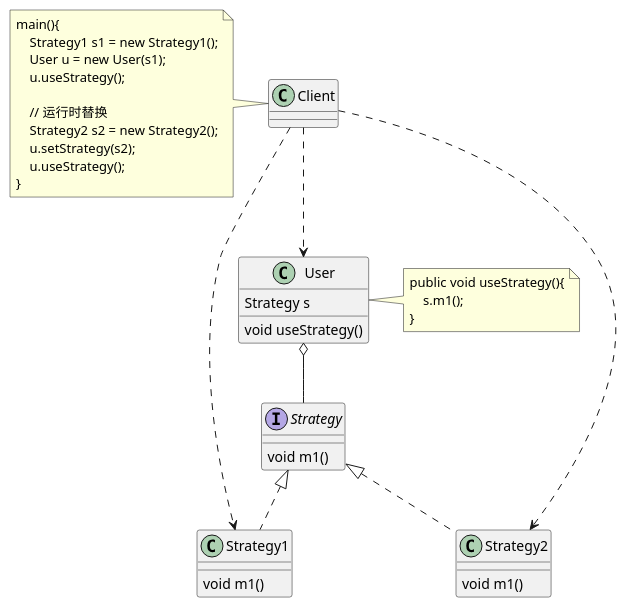
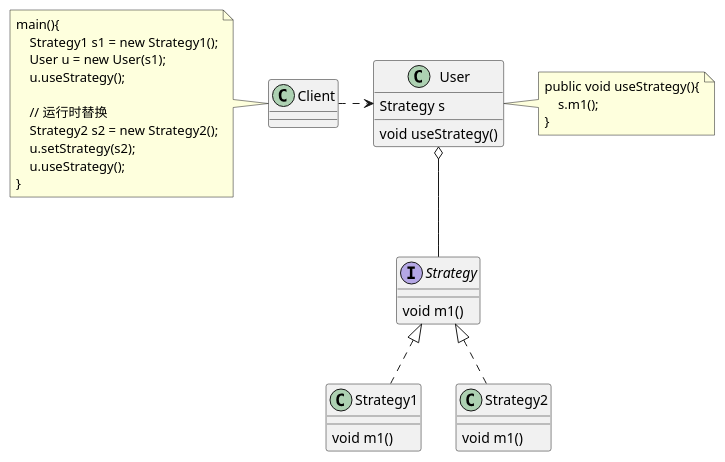
The diagram in doc/UML/pattern/策略模式.puml (Drintau/StudyRepository), drawn with PlantUML before and after one commit. The commit also changed 3 other files, not shown here.

Commit message:
优化策略模式、适配器模式类图

```diff
--- a/doc/UML/pattern/策略模式.puml
+++ b/doc/UML/pattern/策略模式.puml
@@ -1,45 +1,43 @@
 @startuml
 
 interface Strategy{
     void m1()
 }
 
 class Strategy1{
     void m1()
 }
 class Strategy2{
     void m1()
 }
 
 class User{
     Strategy s
     void useStrategy()
 }
 note right
 public void useStrategy(){
     s.m1();
 }
 end note
 
 class Client{}
 note left
 main(){
     Strategy1 s1 = new Strategy1();
     User u = new User(s1);
     u.useStrategy();
 
     // 运行时替换
     Strategy2 s2 = new Strategy2();
     u.setStrategy(s2);
     u.useStrategy();
 }
 end note
 
 Strategy <|.. Strategy1
 Strategy <|.. Strategy2
 User o-- Strategy
-Client ..> User
-Client ..> Strategy1
-Client ..> Strategy2
+Client .> User
 
 @enduml
```
